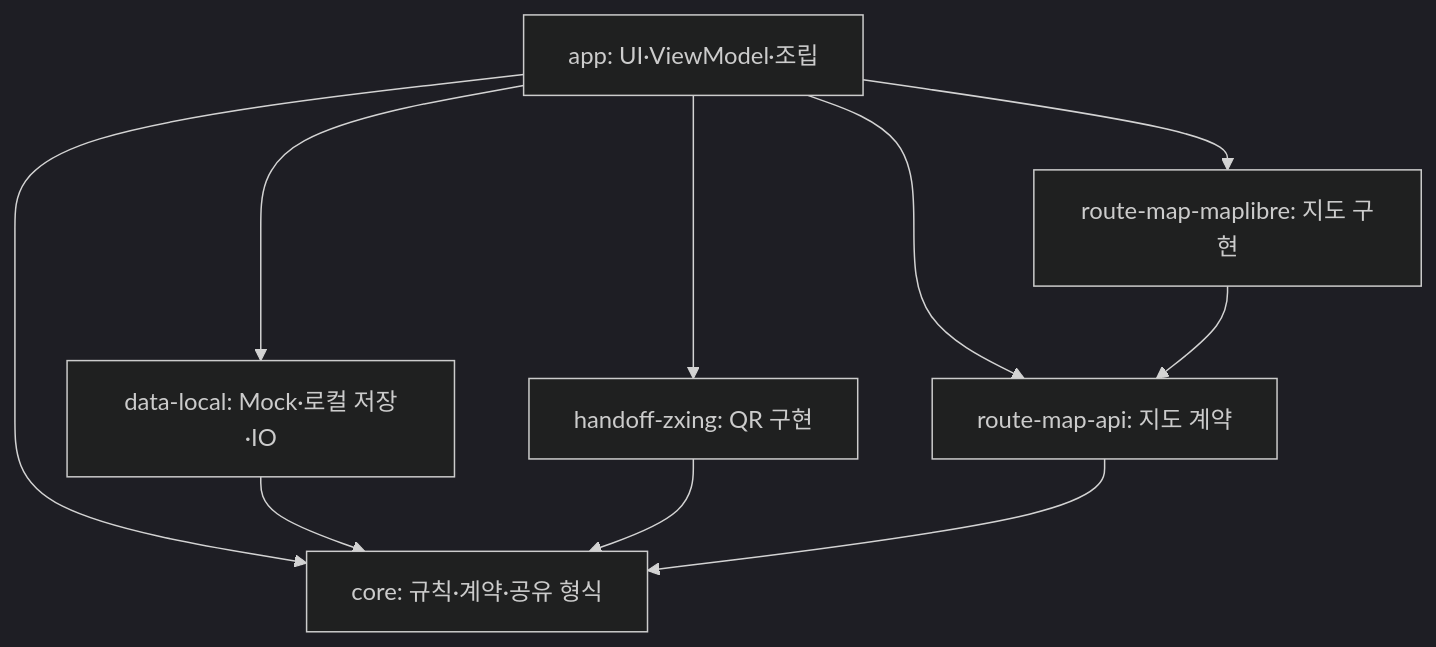
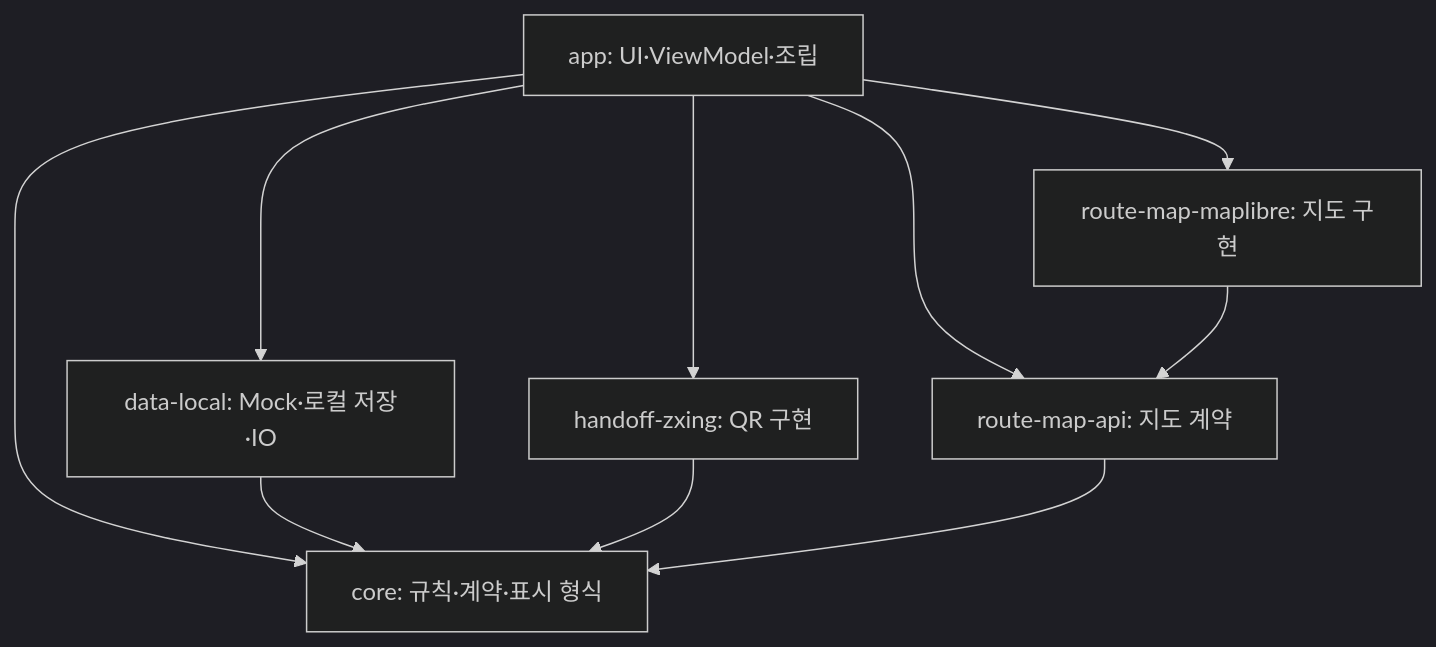
Before and after one commit to WaokE/pleos-chabi: the diagram in docs/ARCHITECTURE.md, drawn with Mermaid (dark theme). The commit also changed other lines of this file and 9 other files, not shown here.

````diff
--- a/docs/ARCHITECTURE.md
+++ b/docs/ARCHITECTURE.md
@@ -7,12 +7,12 @@
 ```mermaid
 flowchart TD
-    App[app: UI·ViewModel·조립] --> Core[core: 규칙·계약·공유 형식]
+    App[app: UI·ViewModel·조립] --> Core[core: 규칙·계약·표시 형식]
     App --> Data[data-local: Mock·로컬 저장·IO]
     App --> QR[handoff-zxing: QR 구현]
     App --> API[route-map-api: 지도 계약]
     App --> Map[route-map-maplibre: 지도 구현]
     Data --> Core
     QR --> Core
     API --> Core
     Map --> API
 ```
````
